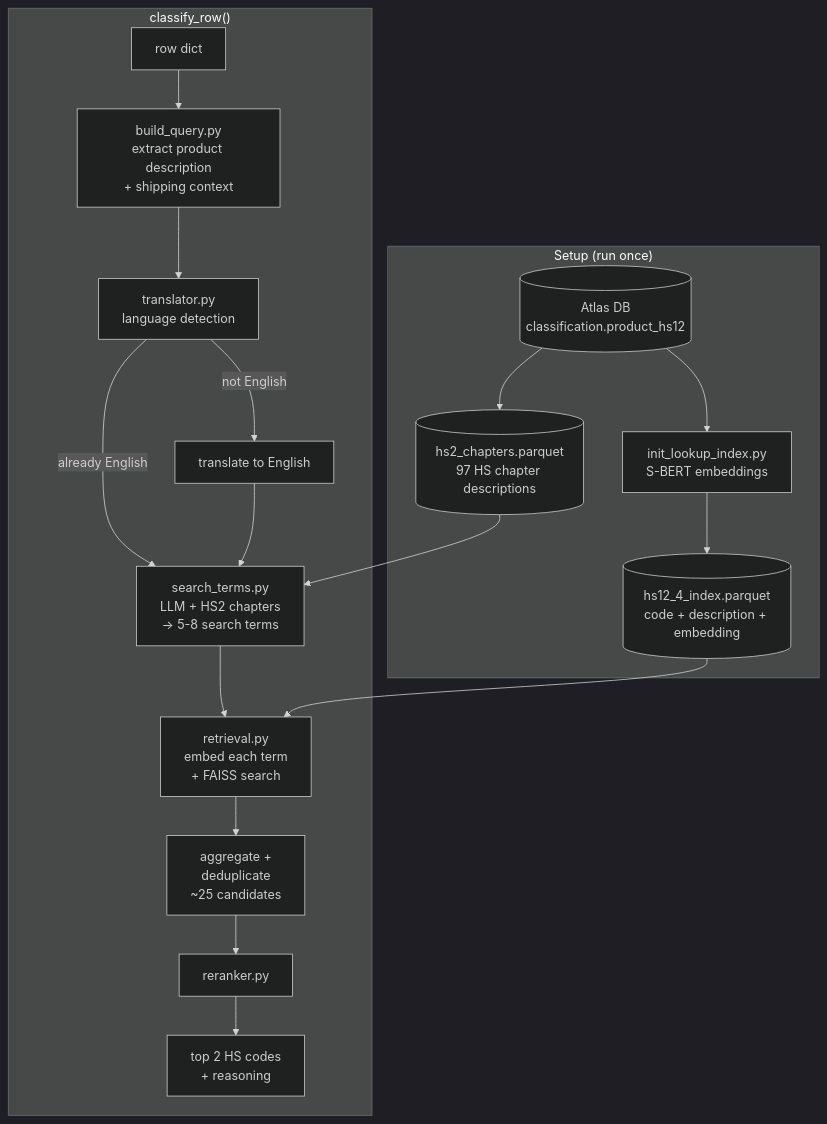
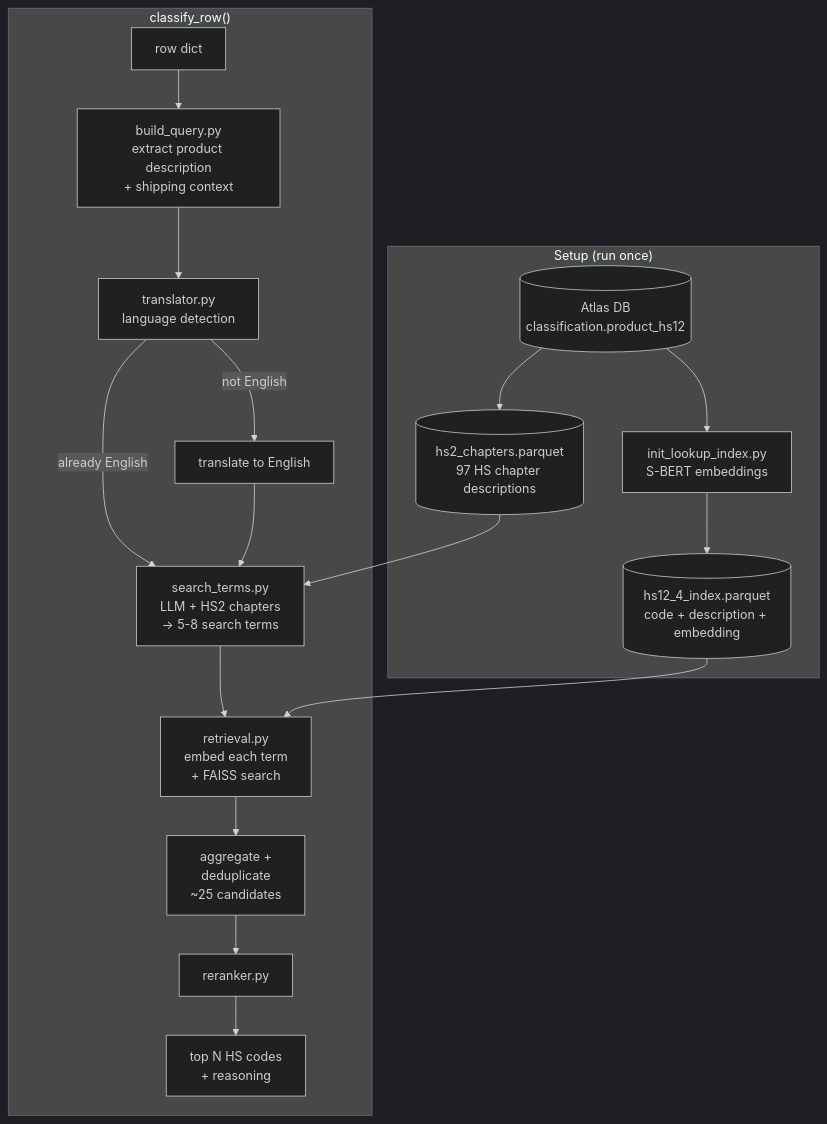
One commit to harvard-growth-lab/hscode-mapping changed the diagram in README.md. Above: the diagram before and after it, drawn with Mermaid (dark theme). The commit also changed other lines of this file, not shown here.

````diff
--- a/README.md
+++ b/README.md
@@ -197,25 +197,25 @@
 ```mermaid
 flowchart TD
     subgraph setup ["Setup (run once)"]
         DB[("Atlas DB\nclassification.product_hs12")]
         EMB["init_lookup_index.py\nS-BERT embeddings"]
         IDX[("hs12_4_index.parquet\ncode + description + embedding")]
         CH[("hs2_chapters.parquet\n97 HS chapter descriptions")]
         DB --> EMB --> IDX
         DB --> CH
     end
 
     subgraph classify ["classify_row()"]
         A["row dict"] --> BQ["build_query.py\nextract product description\n+ shipping context"]
         BQ --> T["translator.py\nlanguage detection"]
         T -->|not English| TR["translate to English"]
         T -->|already English| ST
         TR --> ST["search_terms.py\nLLM + HS2 chapters\n→ 5-8 search terms"]
         CH --> ST
         ST --> R["retrieval.py\nembed each term\n+ FAISS search"]
         IDX --> R
         R --> AGG["aggregate +\ndeduplicate\n~25 candidates"]
         AGG --> RR["reranker.py"]
-        RR --> OUT["top 2 HS codes\n+ reasoning"]
+        RR --> OUT["top N HS codes\n+ reasoning"]
     end
 ```
````
